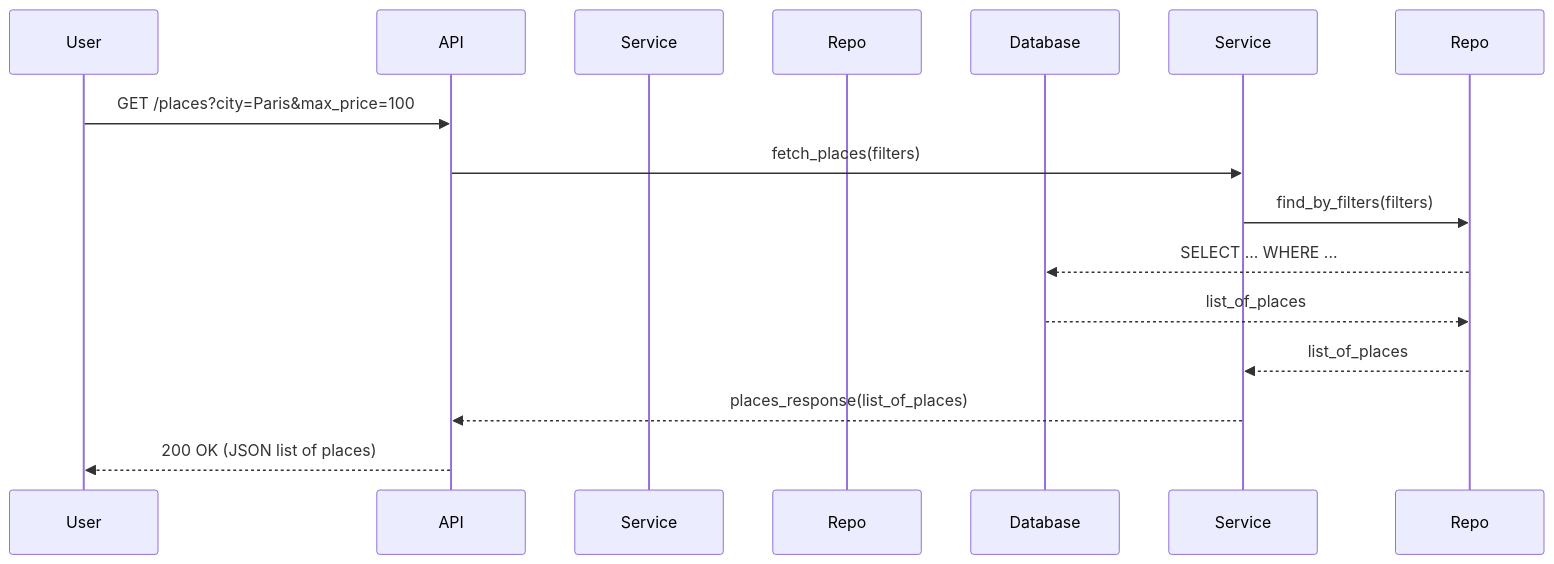
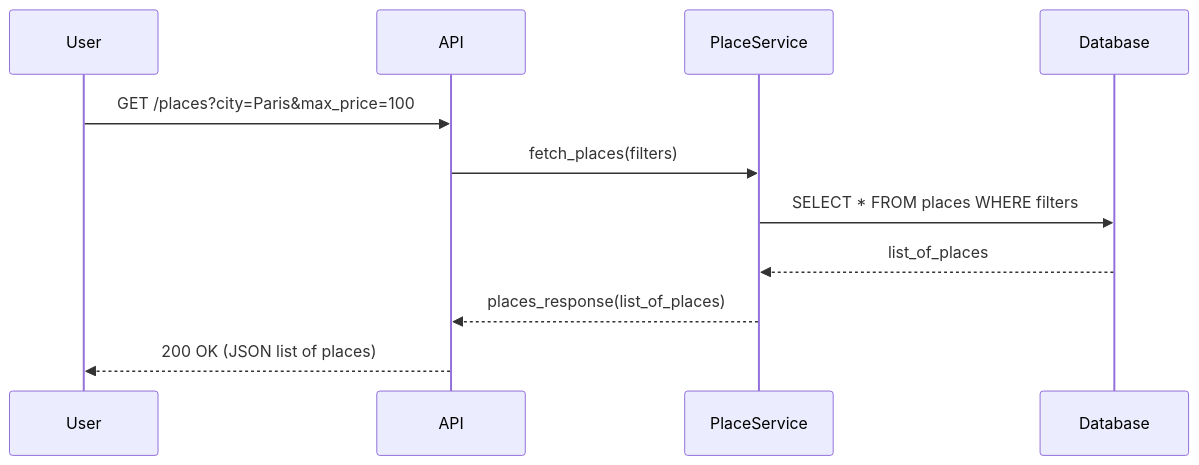
One commit to loicleguen/holbertonschool-hbnb changed the sixth of 6 diagrams in part1/3. Documentation Compilation.md. Above: the diagram before and after it, drawn with Mermaid. The commit also changed other lines of this file, not shown here.

Commit message:
refactor: update architecture and class diagrams for clarity and consistency

````diff
--- a/part1/3. Documentation Compilation.md
+++ b/part1/3. Documentation Compilation.md
@@ -266,17 +217,14 @@
 ```mermaid
 sequenceDiagram
     participant User
     participant API
-    participant PlaceService as Service
-    participant PlaceRepository as Repo
+    participant BusinessLogic as PlaceService
     participant Database
 
     User->>API: GET /places?city=Paris&max_price=100
-    API->>Service: fetch_places(filters)
-    Service->>Repo: find_by_filters(filters)
-    Repo-->>Database: SELECT ... WHERE ...
-    Database-->>Repo: list_of_places
-    Repo-->>Service: list_of_places
-    Service-->>API: places_response(list_of_places)
+    API->>BusinessLogic: fetch_places(filters)
+    BusinessLogic->>Database: SELECT * FROM places WHERE filters
+    Database-->>BusinessLogic: list_of_places
+    BusinessLogic-->>API: places_response(list_of_places)
     API-->>User: 200 OK (JSON list of places)
 ```
````
